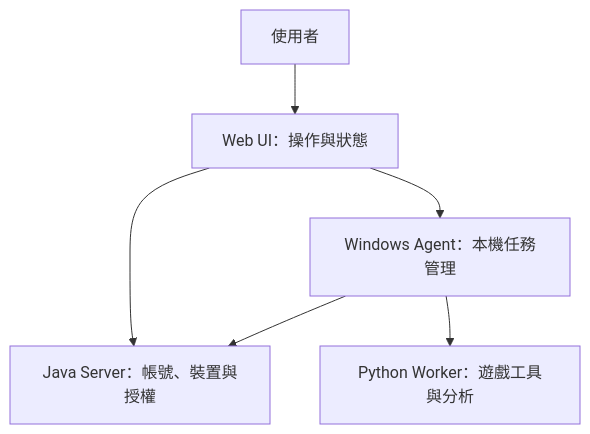
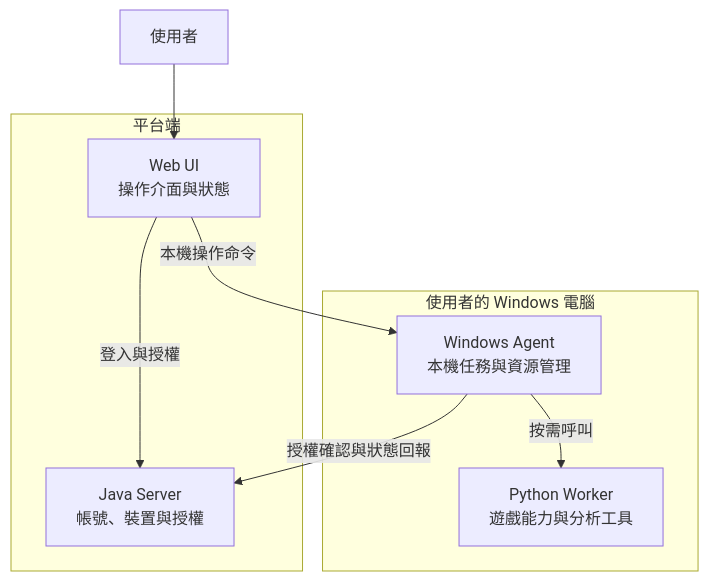
Before and after one commit to highhao/desktop-control-platform: the diagram in README.md, drawn with Mermaid. The commit also changed other lines of this file, not shown here.

Commit message:
Clarify portfolio architecture and presentation

````diff
--- a/README.md
+++ b/README.md
@@ -7,8 +7,16 @@
 ```mermaid
 flowchart TB
-    U[使用者] --> UI[Web UI：操作與狀態]
-    UI --> S[Java Server：帳號、裝置與授權]
-    UI --> A[Windows Agent：本機任務管理]
-    A --> S
-    A --> W[Python Worker：遊戲工具與分析]
+    User[使用者] --> UI
+    subgraph Platform["平台端"]
+        UI[Web UI<br/>操作介面與狀態]
+        Server[Java Server<br/>帳號、裝置與授權]
+        UI -->|登入與授權| Server
+    end
+    subgraph Client["使用者的 Windows 電腦"]
+        Agent[Windows Agent<br/>本機任務與資源管理]
+        Worker[Python Worker<br/>遊戲能力與分析工具]
+        Agent -->|按需呼叫| Worker
+    end
+    UI -->|本機操作命令| Agent
+    Agent -->|授權確認與狀態回報| Server
 ```
````
